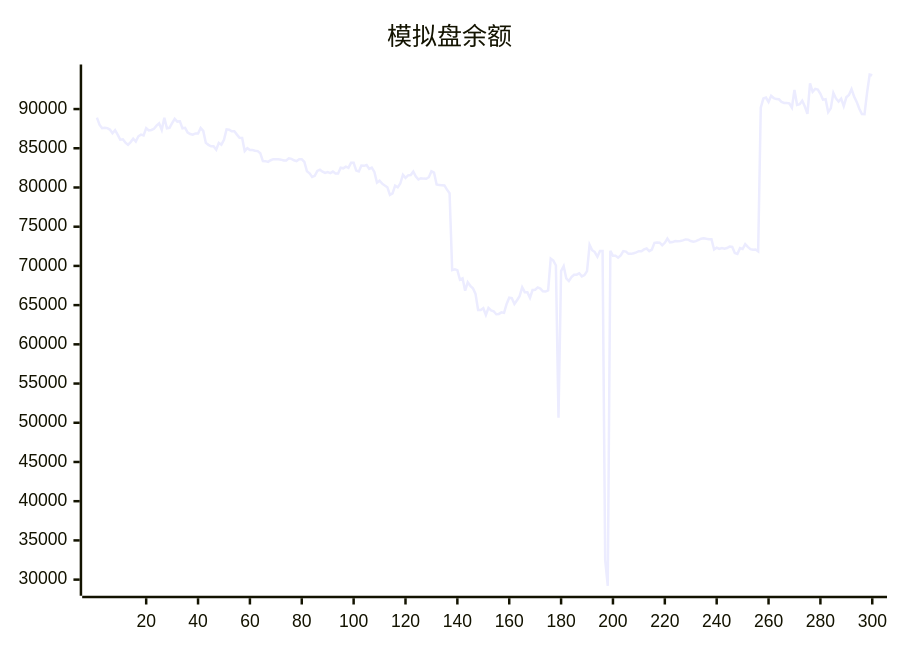
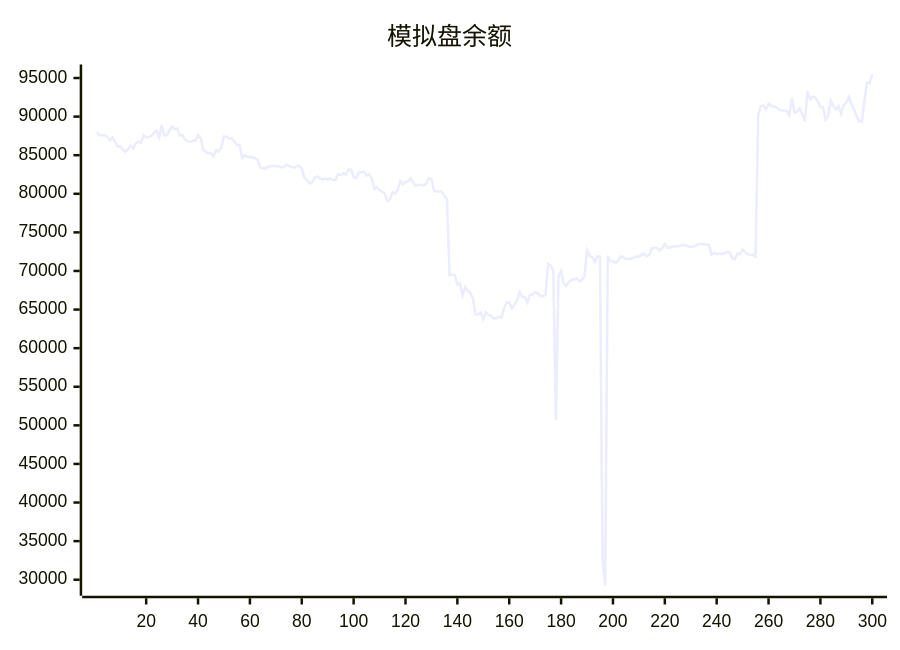
The diagram in README.md (aahl/ai-trading), drawn with Mermaid before and after one commit. The commit also changed other lines of this file and 1 other file, not shown here.

````diff
--- a/README.md
+++ b/README.md
@@ -5,5 +5,5 @@
 ```mermaid
 xychart
     title "模拟盘余额"
-    line [88904,88012,87567,87625,87568,87386,86920,87313,86737,86094,86143,85725,85437,85787,86219,85859,86526,86740,86630,87563,87264,87335,87483,87886,88180,87335,88894,87544,87608,88207,88755,88401,88444,87543,87608,87000,86810,86740,86894,86884,87576,87209,85686,85435,85251,85255,84820,85689,85453,86066,87420,87373,87161,87178,86740,86341,86315,84643,85012,84772,84768,84690,84635,84376,83360,83357,83259,83474,83608,83606,83602,83548,83440,83454,83724,83644,83464,83365,83590,83592,83275,82072,81806,81344,81492,82109,82254,82006,81848,81955,81829,82022,81769,81776,82522,82441,82656,82498,83144,83144,82150,82038,82797,82763,82872,82367,82536,81981,80612,80862,80484,80242,80034,79063,79245,80226,80016,80507,81625,81233,81544,81578,82016,81401,81019,81186,81130,81118,81306,82066,81909,80392,80304,80291,80258,79729,79261,69466,69579,69456,68251,68415,66832,67911,67462,67144,66432,64380,64375,64606,63740,64647,64324,64216,63842,63877,64078,64008,65156,65945,65888,65157,65625,66144,67284,66653,66639,65924,66925,66956,67263,67108,66766,66729,66886,70927,70673,70049,50652,69334,69973,68400,68061,68578,68876,68879,69055,68662,68822,69329,72687,71999,71760,71162,71911,71896,32500,29218,71927,71297,71305,71044,71337,71883,71822,71536,71536,71622,71723,71880,71860,72100,72216,71887,72077,72940,72976,72966,72638,72948,73497,73004,73041,73173,73160,73186,73258,73375,73351,73173,73098,73161,73305,73474,73536,73457,73413,73412,72100,72333,72164,72272,72204,72285,72461,72421,71652,71521,72267,72157,72774,72424,72144,72060,72091,71858,90185,91338,91466,90900,91678,91404,91268,91244,90903,90779,90787,90721,90187,92429,90518,90619,91070,90328,89376,93286,92202,92581,92485,91947,91196,91259,89619,90086,92063,91355,90950,91327,90373,91498,91800,92531,91603,90910,90031,89351,89334,92097,94406,94315]
+    line [88012,87567,87625,87568,87386,86920,87313,86737,86094,86143,85725,85437,85787,86219,85859,86526,86740,86630,87563,87264,87335,87483,87886,88180,87335,88894,87544,87608,88207,88755,88401,88444,87543,87608,87000,86810,86740,86894,86884,87576,87209,85686,85435,85251,85255,84820,85689,85453,86066,87420,87373,87161,87178,86740,86341,86315,84643,85012,84772,84768,84690,84635,84376,83360,83357,83259,83474,83608,83606,83602,83548,83440,83454,83724,83644,83464,83365,83590,83592,83275,82072,81806,81344,81492,82109,82254,82006,81848,81955,81829,82022,81769,81776,82522,82441,82656,82498,83144,83144,82150,82038,82797,82763,82872,82367,82536,81981,80612,80862,80484,80242,80034,79063,79245,80226,80016,80507,81625,81233,81544,81578,82016,81401,81019,81186,81130,81118,81306,82066,81909,80392,80304,80291,80258,79729,79261,69466,69579,69456,68251,68415,66832,67911,67462,67144,66432,64380,64375,64606,63740,64647,64324,64216,63842,63877,64078,64008,65156,65945,65888,65157,65625,66144,67284,66653,66639,65924,66925,66956,67263,67108,66766,66729,66886,70927,70673,70049,50652,69334,69973,68400,68061,68578,68876,68879,69055,68662,68822,69329,72687,71999,71760,71162,71911,71896,32500,29218,71927,71297,71305,71044,71337,71883,71822,71536,71536,71622,71723,71880,71860,72100,72216,71887,72077,72940,72976,72966,72638,72948,73497,73004,73041,73173,73160,73186,73258,73375,73351,73173,73098,73161,73305,73474,73536,73457,73413,73412,72100,72333,72164,72272,72204,72285,72461,72421,71652,71521,72267,72157,72774,72424,72144,72060,72091,71858,90185,91338,91466,90900,91678,91404,91268,91244,90903,90779,90787,90721,90187,92429,90518,90619,91070,90328,89376,93286,92202,92581,92485,91947,91196,91259,89619,90086,92063,91355,90950,91327,90373,91498,91800,92531,91603,90910,90031,89351,89334,92097,94406,94315,95455]
 ```
````
